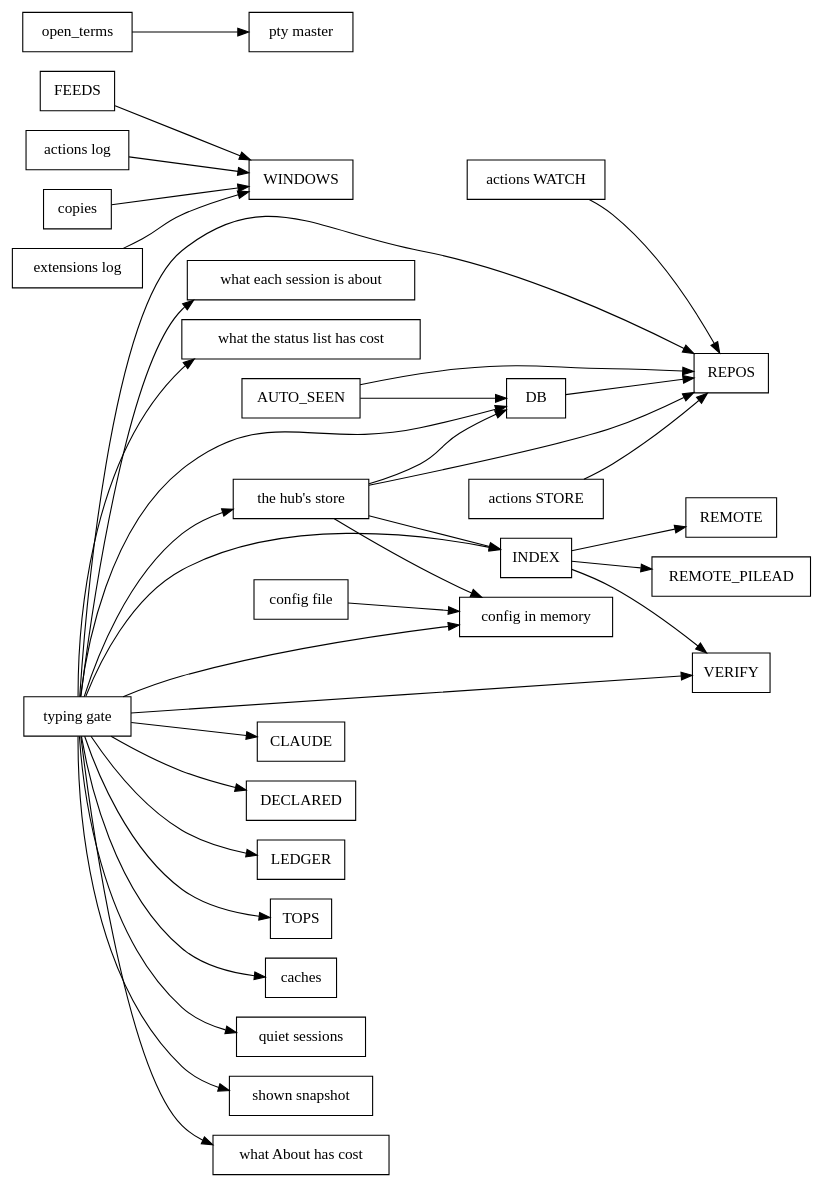
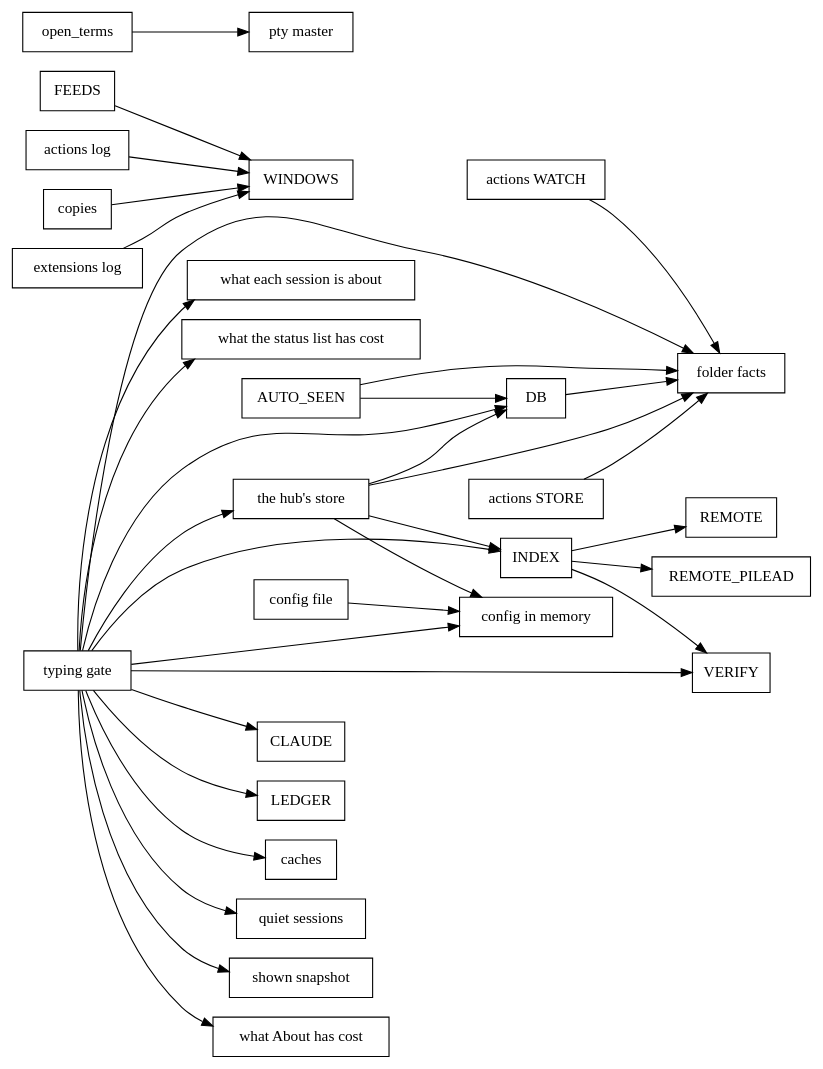
Before and after one commit to spacegrowth/cue: the diagram in docs/dev/lock-graph.dot, drawn with Graphviz. The commit also changed 14 other files, not shown here.

First line of the commit message:
Folder facts from memory: repository, checkout, branch looked up off the caller's thread

```diff
--- a/docs/dev/lock-graph.dot
+++ b/docs/dev/lock-graph.dot
@@ -1,39 +1,37 @@
 // Generated by `cargo run -p xtask -- inventory`; don't edit by hand.
 digraph locks {
   rankdir=LR;
   node [shape=box];
   "AUTO_SEEN" -> "DB";
-  "AUTO_SEEN" -> "REPOS";
-  "DB" -> "REPOS";
+  "AUTO_SEEN" -> "folder facts";
+  "DB" -> "folder facts";
   "FEEDS" -> "WINDOWS";
   "INDEX" -> "REMOTE";
   "INDEX" -> "REMOTE_PILEAD";
   "INDEX" -> "VERIFY";
-  "actions STORE" -> "REPOS";
-  "actions WATCH" -> "REPOS";
+  "actions STORE" -> "folder facts";
+  "actions WATCH" -> "folder facts";
   "actions log" -> "WINDOWS";
   "config file" -> "config in memory";
   "copies" -> "WINDOWS";
   "extensions log" -> "WINDOWS";
   "open_terms" -> "pty master";
   "the hub's store" -> "DB";
   "the hub's store" -> "INDEX";
-  "the hub's store" -> "REPOS";
   "the hub's store" -> "config in memory";
+  "the hub's store" -> "folder facts";
   "typing gate" -> "CLAUDE";
   "typing gate" -> "DB";
-  "typing gate" -> "DECLARED";
   "typing gate" -> "INDEX";
   "typing gate" -> "LEDGER";
-  "typing gate" -> "REPOS";
-  "typing gate" -> "TOPS";
   "typing gate" -> "VERIFY";
   "typing gate" -> "caches";
   "typing gate" -> "config in memory";
+  "typing gate" -> "folder facts";
   "typing gate" -> "quiet sessions";
   "typing gate" -> "shown snapshot";
   "typing gate" -> "the hub's store";
   "typing gate" -> "what About has cost";
   "typing gate" -> "what each session is about";
   "typing gate" -> "what the status list has cost";
 }
```
